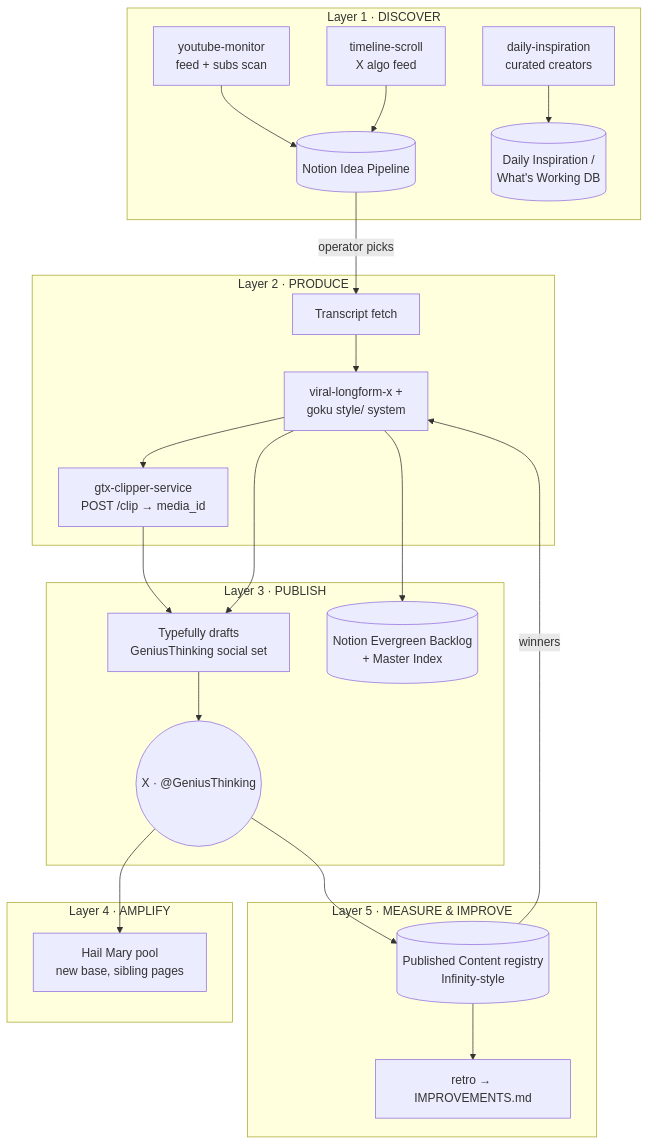
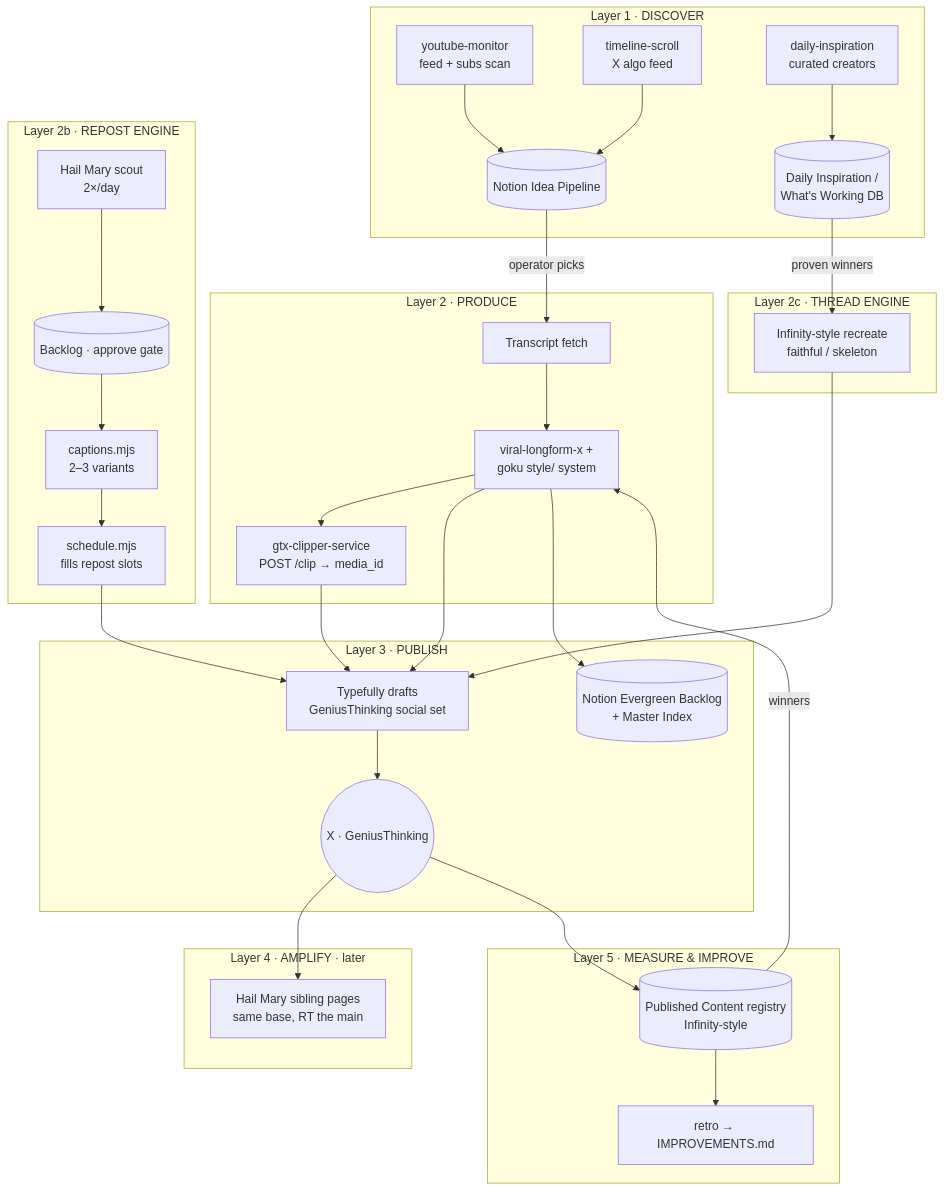
One commit to 2t1c/goku-extraction-pipeline changed the diagram in GENIUSTHINKING-CONTENT-SYSTEM.md. Above: the diagram before and after it, drawn with Mermaid. The commit also changed other lines of this file, not shown here.

First line of the commit message:
docs: reframe GeniusThinking as one account, three engines (Hail Mary reposts + longform + thread pipeline)

````diff
--- a/GENIUSTHINKING-CONTENT-SYSTEM.md
+++ b/GENIUSTHINKING-CONTENT-SYSTEM.md
@@ -28,27 +44,36 @@
 ```mermaid
 flowchart TB
   subgraph L1 [Layer 1 · DISCOVER]
     YT[youtube-monitor<br/>feed + subs scan] --> IP[(Notion Idea Pipeline)]
     TS[timeline-scroll<br/>X algo feed] --> IP
     DI[daily-inspiration<br/>curated creators] --> WW[(Daily Inspiration /<br/>What's Working DB)]
   end
   subgraph L2 [Layer 2 · PRODUCE]
     IP -->|operator picks| TR[Transcript fetch]
     TR --> GEN[viral-longform-x +<br/>goku style/ system]
     GEN --> CLIP[gtx-clipper-service<br/>POST /clip → media_id]
   end
+  subgraph L2b [Layer 2b · REPOST ENGINE]
+    HMS[Hail Mary scout<br/>2×/day] --> BL[(Backlog · approve gate)]
+    BL --> CV[captions.mjs<br/>2–3 variants] --> HSCH[schedule.mjs<br/>fills repost slots]
+  end
+  subgraph L2c [Layer 2c · THREAD ENGINE]
+    WW -->|proven winners| RECR[Infinity-style recreate<br/>faithful / skeleton]
+  end
   subgraph L3 [Layer 3 · PUBLISH]
     GEN --> TF[Typefully drafts<br/>GeniusThinking social set]
     CLIP --> TF
+    HSCH --> TF
+    RECR --> TF
     GEN --> NB[(Notion Evergreen Backlog<br/>+ Master Index)]
-    TF --> X((X · @GeniusThinking))
+    TF --> X((X · GeniusThinking))
   end
-  subgraph L4 [Layer 4 · AMPLIFY]
-    X --> HM[Hail Mary pool<br/>new base, sibling pages]
+  subgraph L4 [Layer 4 · AMPLIFY · later]
+    X --> HM[Hail Mary sibling pages<br/>same base, RT the main]
   end
   subgraph L5 [Layer 5 · MEASURE & IMPROVE]
     X --> REG[(Published Content registry<br/>Infinity-style)]
     REG -->|winners| GEN
     REG --> RETRO[retro → IMPROVEMENTS.md]
   end
 ```
````
